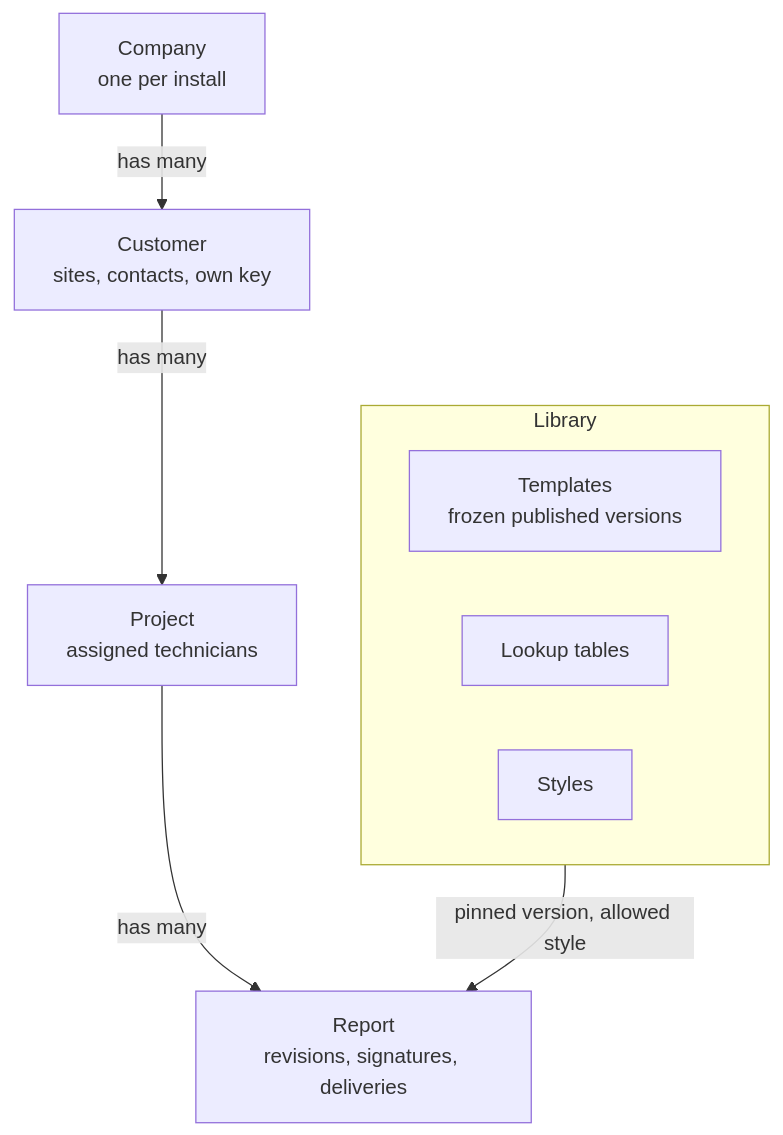
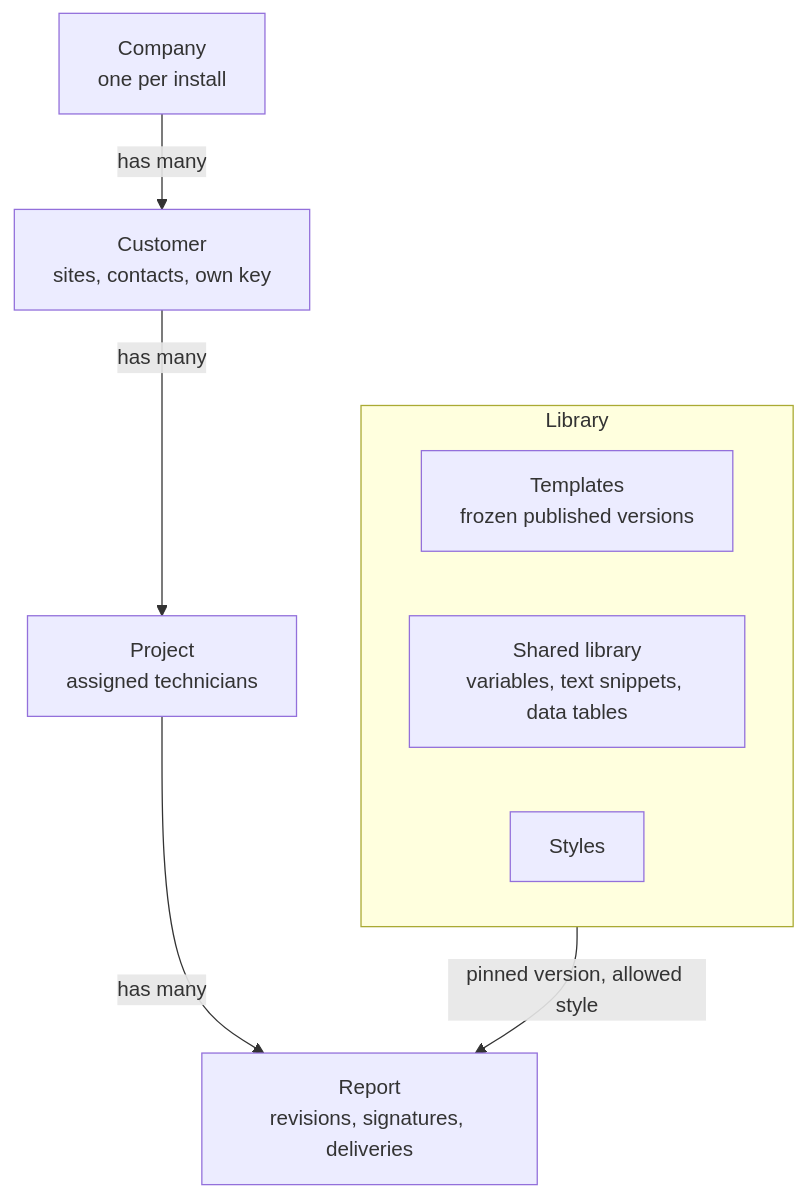
One commit to FragmentedCoder/Skjald-Reporting changed the first of 3 diagrams in docs/architecture.md. Above: the diagram before and after it, drawn with Mermaid. The commit also changed other lines of this file, not shown here.

First line of the commit message:
Describe who sees what, the library and the report check

````diff
--- a/docs/architecture.md
+++ b/docs/architecture.md
@@ -16,12 +16,12 @@
 ```mermaid
 flowchart TD
     Company["Company<br/>one per install"] -->|has many| Customer["Customer<br/>sites, contacts, own key"]
     Customer -->|has many| Project["Project<br/>assigned technicians"]
     Project -->|has many| Report["Report<br/>revisions, signatures, deliveries"]
     subgraph Library
         Templates["Templates<br/>frozen published versions"]
-        Lookups["Lookup tables"]
+        Shared["Shared library<br/>variables, text snippets, data tables"]
         Styles["Styles"]
     end
     Library -->|pinned version, allowed style| Report
 ```
````
